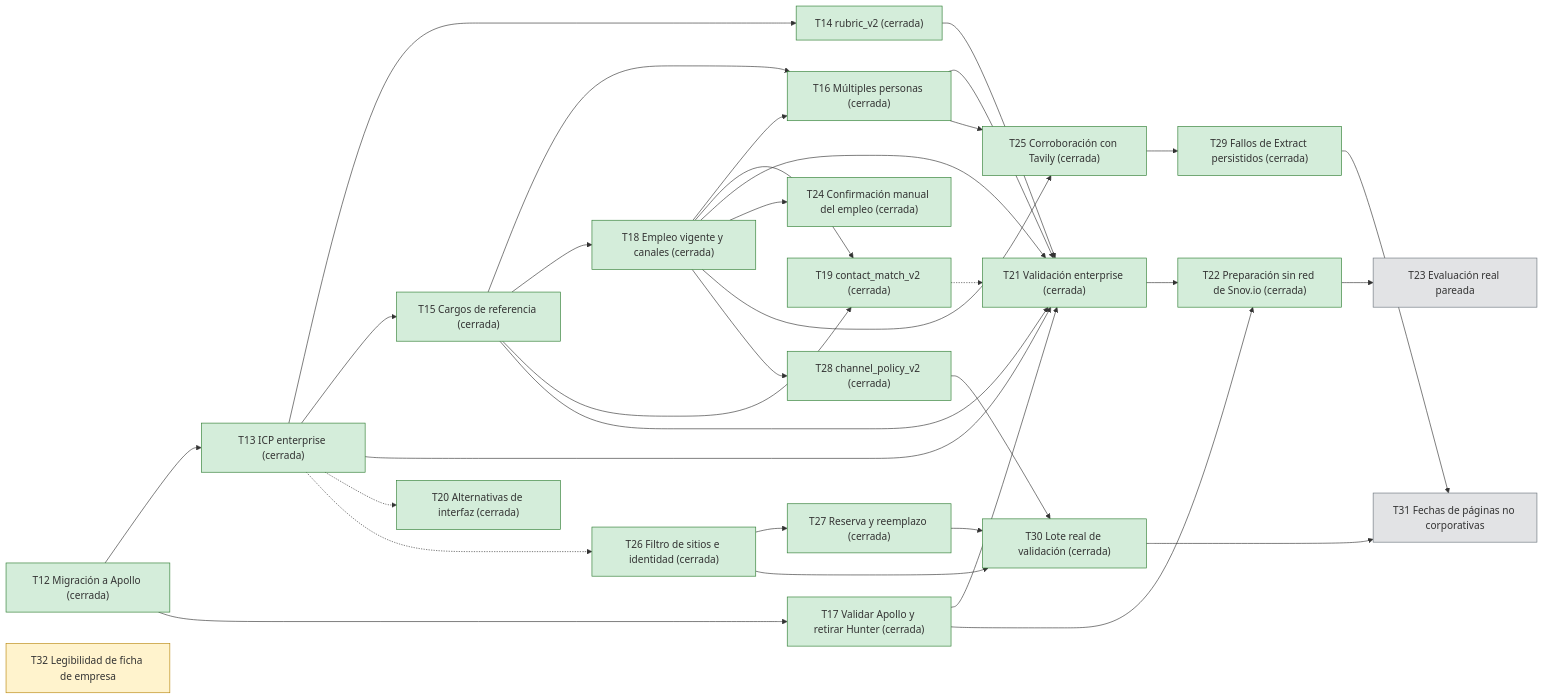
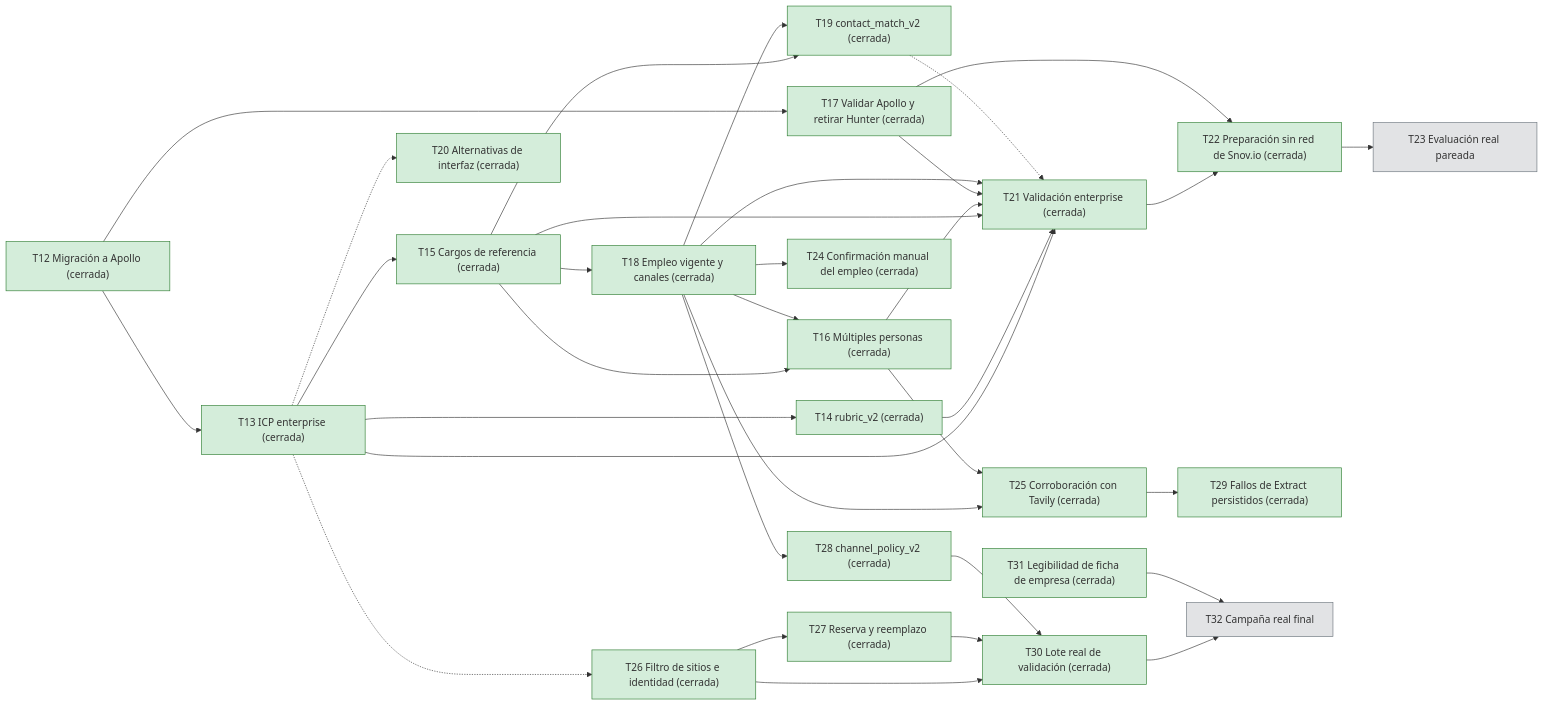
Before and after one commit to ThomasSerna/veryfi-prospecting: the diagram in docs/Roadmap.md, drawn with Mermaid. The commit also changed other lines of this file, not shown here.

Commit message:
docs: renumerar T31 y T32 en el Roadmap y registrar la campaña real final como T32

````diff
--- a/docs/Roadmap.md
+++ b/docs/Roadmap.md
@@ -64,59 +63,59 @@
 ```mermaid
 flowchart LR
     T12["T12 Migración a Apollo (cerrada)"]:::closed
     T13["T13 ICP enterprise (cerrada)"]:::closed
     T14["T14 rubric_v2 (cerrada)"]:::closed
     T15["T15 Cargos de referencia (cerrada)"]:::closed
     T16["T16 Múltiples personas (cerrada)"]:::closed
     T17["T17 Validar Apollo y retirar Hunter (cerrada)"]:::closed
     T18["T18 Empleo vigente y canales (cerrada)"]:::closed
     T19["T19 contact_match_v2 (cerrada)"]:::closed
     T20["T20 Alternativas de interfaz (cerrada)"]:::closed
     T21["T21 Validación enterprise (cerrada)"]:::closed
     T22["T22 Preparación sin red de Snov.io (cerrada)"]:::closed
     T23["T23 Evaluación real pareada"]:::pending
     T24["T24 Confirmación manual del empleo (cerrada)"]:::closed
     T25["T25 Corroboración con Tavily (cerrada)"]:::closed
     T26["T26 Filtro de sitios e identidad (cerrada)"]:::closed
     T27["T27 Reserva y reemplazo (cerrada)"]:::closed
     T28["T28 channel_policy_v2 (cerrada)"]:::closed
     T29["T29 Fallos de Extract persistidos (cerrada)"]:::closed
     T30["T30 Lote real de validación (cerrada)"]:::closed
-    T31["T31 Fechas de páginas no corporativas"]:::pending
-    T32["T32 Legibilidad de ficha de empresa"]:::open
+    T31["T31 Legibilidad de ficha de empresa (cerrada)"]:::closed
+    T32["T32 Campaña real final"]:::pending
     T12 --> T13
     T12 --> T17
     T13 --> T14
     T13 --> T15
     T15 --> T16
     T15 --> T18
     T15 --> T19
     T18 --> T16
     T18 --> T19
     T13 --> T21
     T14 --> T21
     T15 --> T21
     T16 --> T21
     T17 --> T21
     T18 --> T21
     T21 --> T22
     T17 --> T22
     T22 --> T23
     T13 -.-> T20
     T19 -.-> T21
     T18 --> T24
     T18 --> T25
     T16 --> T25
     T13 -.-> T26
     T26 --> T27
     T18 --> T28
     T25 --> T29
     T26 --> T30
     T27 --> T30
     T28 --> T30
-    T29 --> T31
-    T30 --> T31
+    T30 --> T32
+    T31 --> T32
     classDef closed fill:#d4edda,stroke:#2e7d32
     classDef open fill:#fff3cd,stroke:#b8860b
     classDef pending fill:#e2e3e5,stroke:#6c757d
 ```
````
